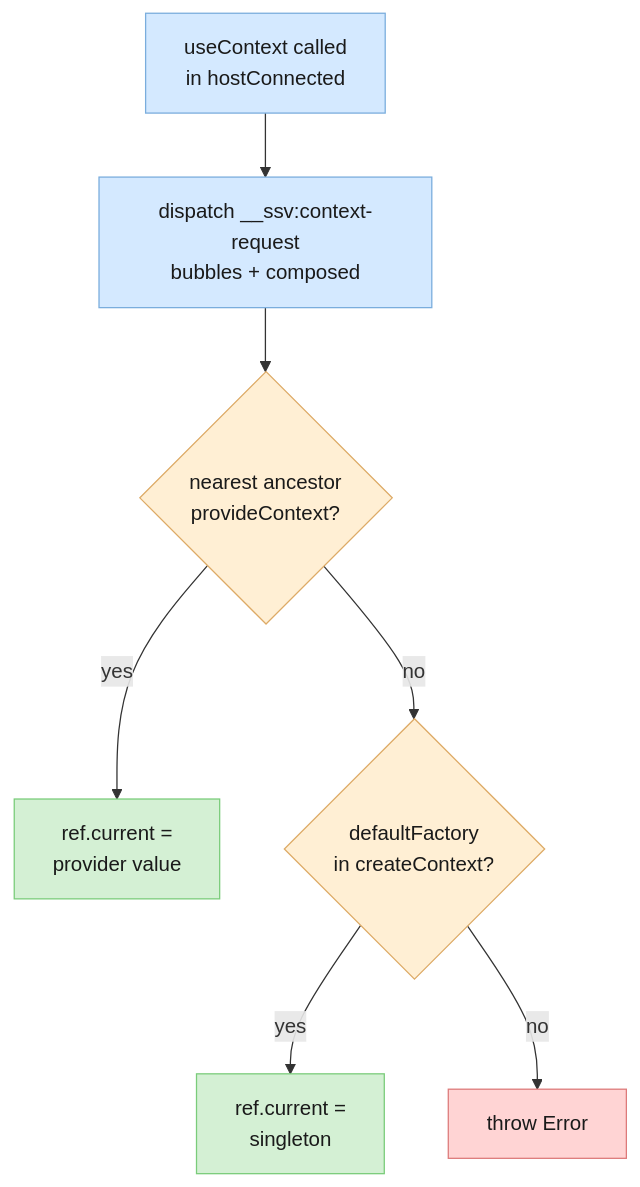
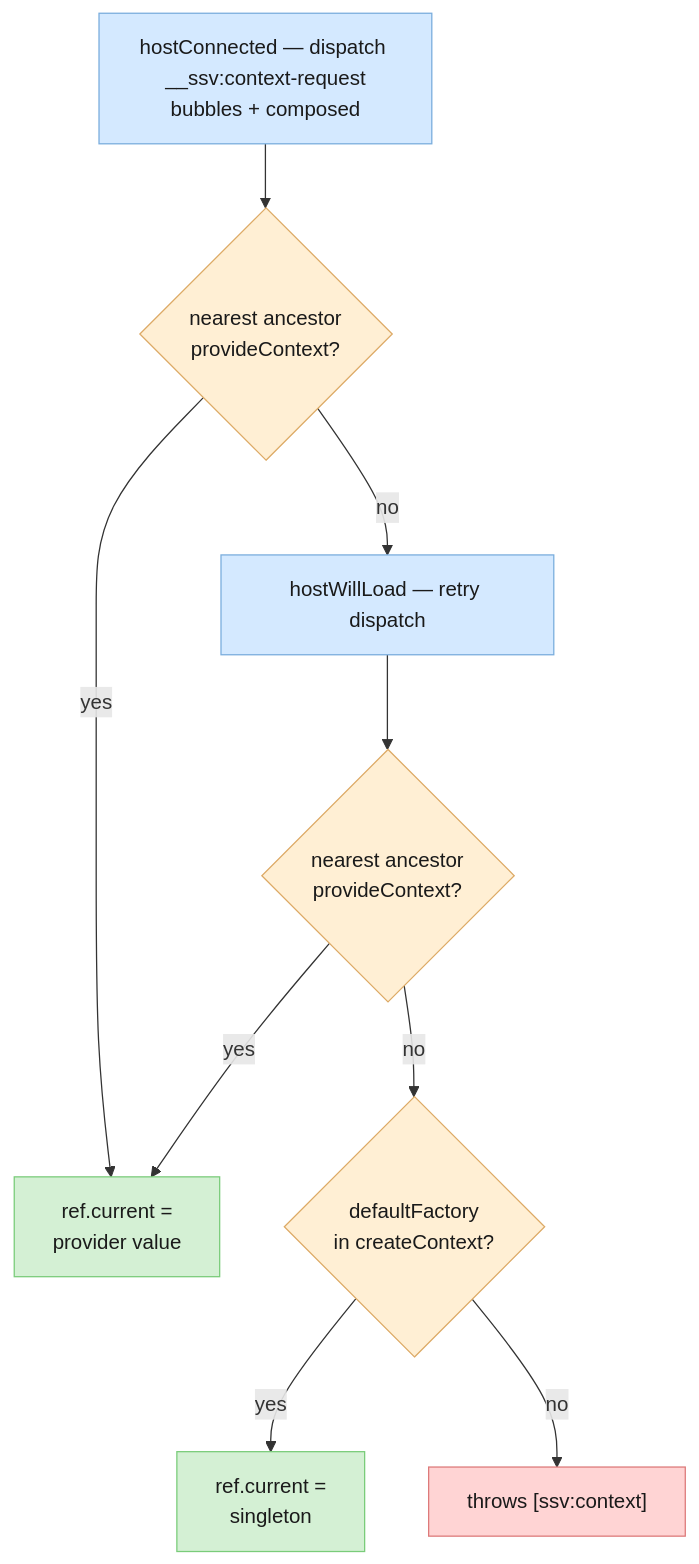
One commit to sketch7/stenciljs changed the first of 2 diagrams in libs/stencil.core/docs/context.md. Above: the diagram before and after it, drawn with Mermaid. The commit also changed other lines of this file, not shown here.

Commit message:
fix(context): clarify context resolution flow and enhance documentation

````diff
--- a/libs/stencil.core/docs/context.md
+++ b/libs/stencil.core/docs/context.md
@@ -17,17 +17,20 @@
 ```mermaid
 flowchart TD
-    A["useContext called<br/>in hostConnected"] --> B["dispatch __ssv:context-request<br/>bubbles + composed"]
-    B --> C{"nearest ancestor<br/>provideContext?"}
+    A["hostConnected — dispatch __ssv:context-request<br/>bubbles + composed"] --> C{"nearest ancestor<br/>provideContext?"}
     C -- yes --> D["ref.current =<br/>provider value"]
-    C -- no --> E{"defaultFactory<br/>in createContext?"}
+    C -- no --> WL["hostWillLoad — retry dispatch"]
+    WL --> C2{"nearest ancestor<br/>provideContext?"}
+    C2 -- yes --> D
+    C2 -- no --> E{"defaultFactory<br/>in createContext?"}
     E -- yes --> F["ref.current =<br/>singleton"]
-    E -- no --> G[throw Error]
+    E -- no --> G["throws [ssv:context]"]
 
     style A fill:#d4e9ff,stroke:#7aaddd,color:#1a1a1a
-    style B fill:#d4e9ff,stroke:#7aaddd,color:#1a1a1a
+    style WL fill:#d4e9ff,stroke:#7aaddd,color:#1a1a1a
     style C fill:#ffefd4,stroke:#ddaa66,color:#1a1a1a
+    style C2 fill:#ffefd4,stroke:#ddaa66,color:#1a1a1a
     style D fill:#d4f0d4,stroke:#7acc7a,color:#1a1a1a
     style E fill:#ffefd4,stroke:#ddaa66,color:#1a1a1a
     style F fill:#d4f0d4,stroke:#7acc7a,color:#1a1a1a
     style G fill:#ffd4d4,stroke:#dd7a7a,color:#1a1a1a
 ```
````
